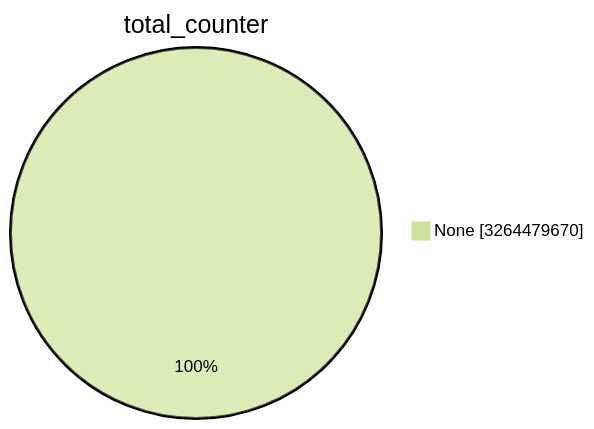
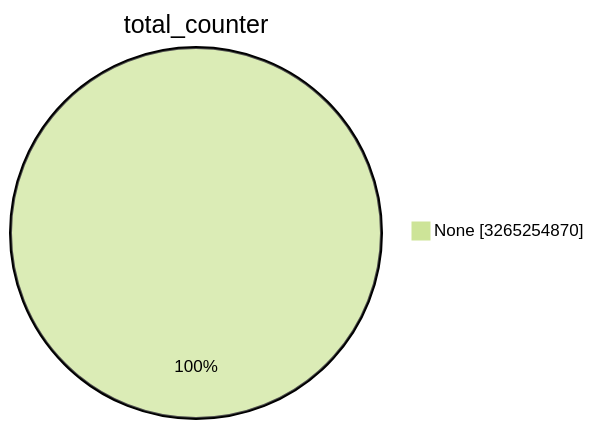
Before and after one commit to christiankrug/ctmonitor_visualization: the first of 15 diagrams in TOTAL/README.md, drawn with Mermaid (forest theme). The commit also changed other lines of this file, not shown here.

````diff
--- a/TOTAL/README.md
+++ b/TOTAL/README.md
@@ -1,5 +1,5 @@
 ```mermaid
 pie showData
 title total_counter
-"None" :3264479670
+"None" :3265254870
 ```
````
